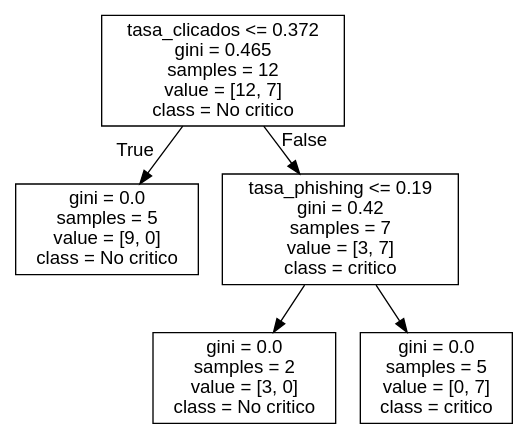
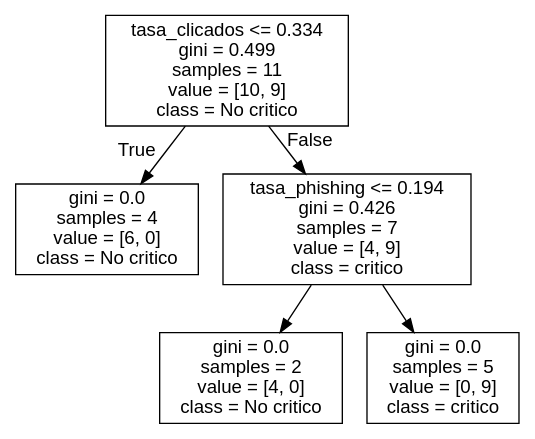
One commit to dprezp/domadores changed the diagram in tree.dot. Above: the diagram before and after it, drawn with Graphviz. The commit also changed 43 other files, not shown here.

```diff
--- a/tree.dot
+++ b/tree.dot
@@ -1,13 +1,13 @@
 digraph Tree {
 node [shape=box, fontname="helvetica"] ;
 edge [fontname="helvetica"] ;
-0 [label="tasa_clicados <= 0.372\ngini = 0.465\nsamples = 12\nvalue = [12, 7]\nclass = No critico"] ;
-1 [label="gini = 0.0\nsamples = 5\nvalue = [9, 0]\nclass = No critico"] ;
+0 [label="tasa_clicados <= 0.334\ngini = 0.499\nsamples = 11\nvalue = [10, 9]\nclass = No critico"] ;
+1 [label="gini = 0.0\nsamples = 4\nvalue = [6, 0]\nclass = No critico"] ;
 0 -> 1 [labeldistance=2.5, labelangle=45, headlabel="True"] ;
-2 [label="tasa_phishing <= 0.19\ngini = 0.42\nsamples = 7\nvalue = [3, 7]\nclass = critico"] ;
+2 [label="tasa_phishing <= 0.194\ngini = 0.426\nsamples = 7\nvalue = [4, 9]\nclass = critico"] ;
 0 -> 2 [labeldistance=2.5, labelangle=-45, headlabel="False"] ;
-3 [label="gini = 0.0\nsamples = 2\nvalue = [3, 0]\nclass = No critico"] ;
+3 [label="gini = 0.0\nsamples = 2\nvalue = [4, 0]\nclass = No critico"] ;
 2 -> 3 ;
-4 [label="gini = 0.0\nsamples = 5\nvalue = [0, 7]\nclass = critico"] ;
+4 [label="gini = 0.0\nsamples = 5\nvalue = [0, 9]\nclass = critico"] ;
 2 -> 4 ;
 }
```
